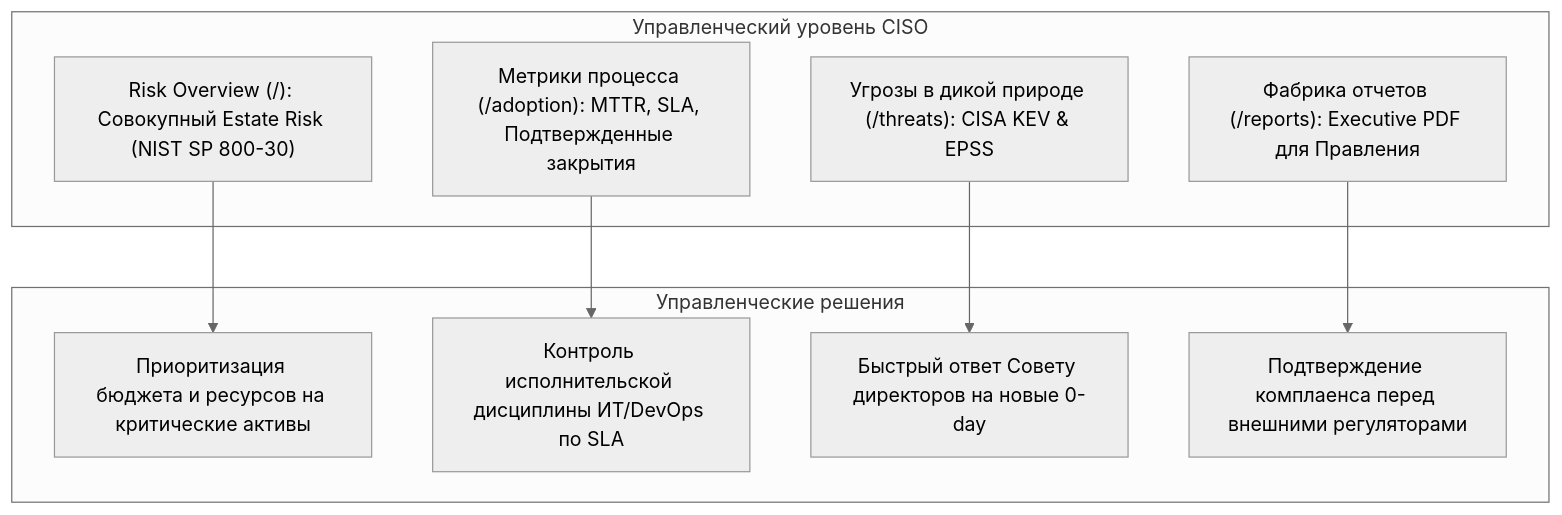
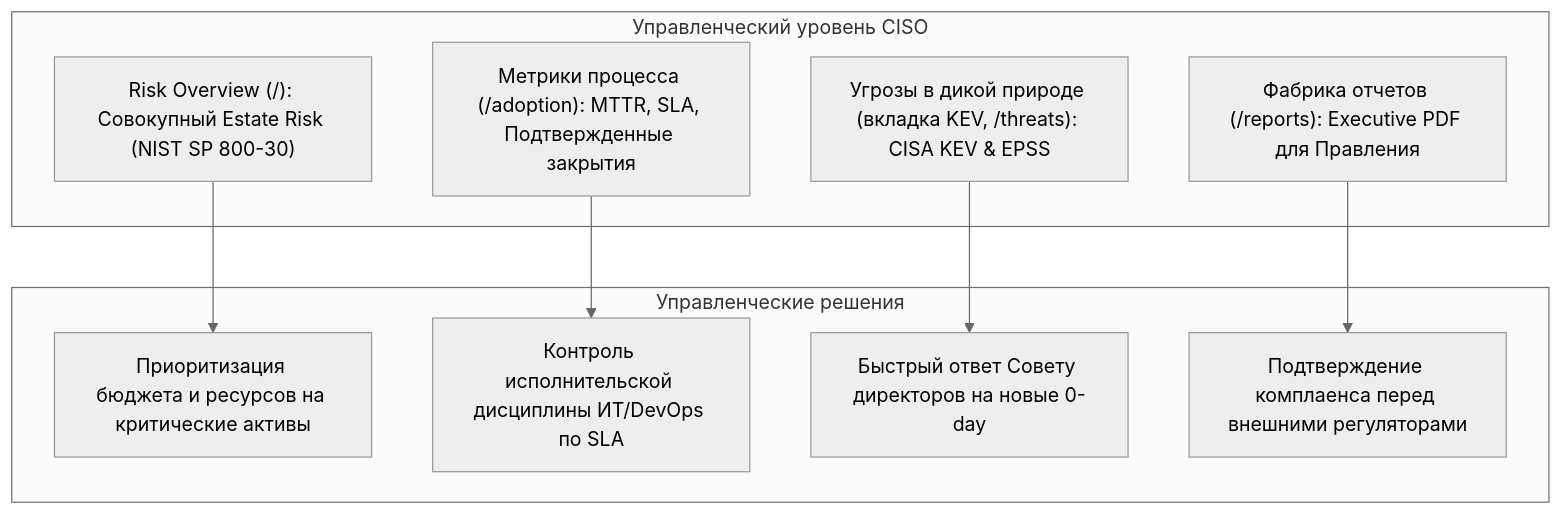
One commit to onixus/Shapoclyack changed the diagram in docs/wiki/scenarios-ciso.md. Above: the diagram before and after it, drawn with Mermaid (neutral theme). The commit also changed other lines of this file and 3 other files, not shown here.

````diff
--- a/docs/wiki/scenarios-ciso.md
+++ b/docs/wiki/scenarios-ciso.md
@@ -11,21 +11,21 @@
 ```mermaid
 graph TD
     subgraph Executive ["Управленческий уровень CISO"]
         RO["Risk Overview (/): Совокупный Estate Risk (NIST SP 800-30)"]
-        THREATS["Угрозы в дикой природе (/threats): CISA KEV & EPSS"]
+        THREATS["Угрозы в дикой природе (вкладка KEV, /threats): CISA KEV & EPSS"]
         ADOPT["Метрики процесса (/adoption): MTTR, SLA, Подтвержденные закрытия"]
         REP["Фабрика отчетов (/reports): Executive PDF для Правления"]
     end
     
     subgraph Decisions ["Управленческие решения"]
         D1["Приоритизация бюджета и ресурсов на критические активы"]
         D2["Контроль исполнительской дисциплины ИТ/DevOps по SLA"]
         D3["Быстрый ответ Совету директоров на новые 0-day"]
         D4["Подтверждение комплаенса перед внешними регуляторами"]
     end
     
     RO --> D1
     ADOPT --> D2
     THREATS --> D3
     REP --> D4
 ```
````
